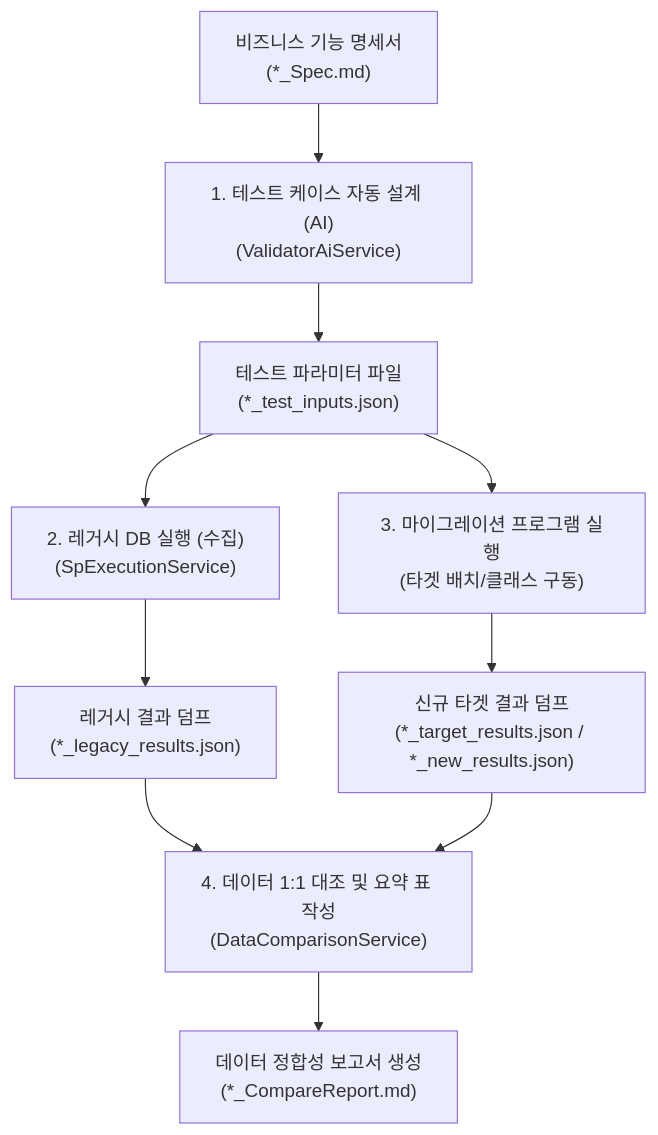
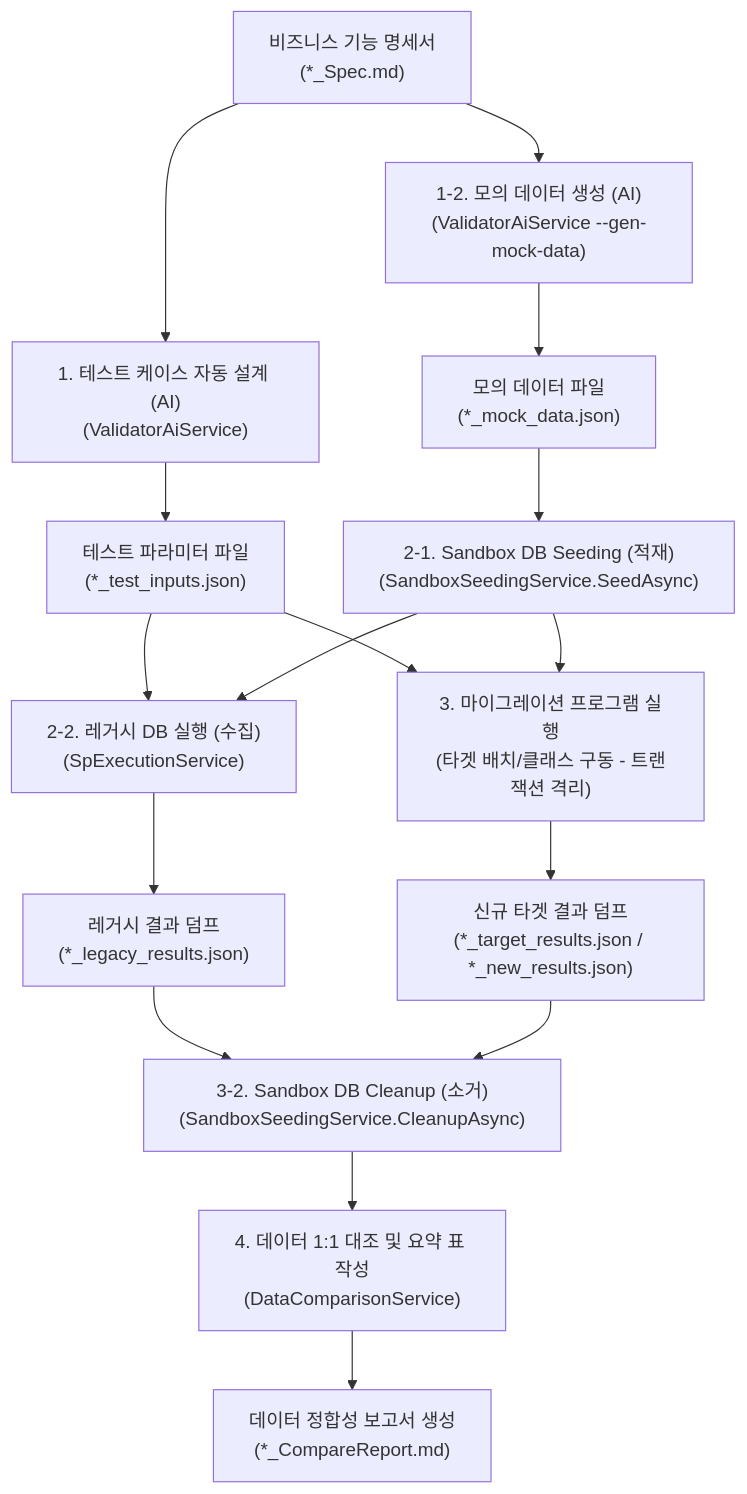
The third of 3 diagrams in docs/architecture.md (moondae815/sp-reverse-engineering), drawn with Mermaid before and after one commit. The commit also changed other lines of this file and 6 other files, not shown here.

Commit message:
feat: 모의 데이터(Mock Data) 자동 생성 및 Sandbox DB 격리 적재 검증 아키텍처 구현 및 문서 업데이트

````diff
--- a/docs/architecture.md
+++ b/docs/architecture.md
@@ -268,20 +240,30 @@
 ```mermaid
 graph TD
     %% 입력 자료
     Spec["비즈니스 기능 명세서<br/>(*_Spec.md)"] --> GenInputs["1. 테스트 케이스 자동 설계 (AI)<br/>(ValidatorAiService)"]
     
     %% 테스트 파라미터 파일
     GenInputs --> InputJson["테스트 파라미터 파일<br/>(*_test_inputs.json)"]
     
+    %% 모의 데이터 생성
+    Spec --> GenMock["1-2. 모의 데이터 생성 (AI)<br/>(ValidatorAiService --gen-mock-data)"]
+    GenMock --> MockJson["모의 데이터 파일<br/>(*_mock_data.json)"]
+    
+    %% Sandbox Seeding (적재)
+    MockJson --> SeedDB["2-1. Sandbox DB Seeding (적재)<br/>(SandboxSeedingService.SeedAsync)"]
+    
     %% Legacy 수집
-    InputJson --> ExecLegacy["2. 레거시 DB 실행 (수집)<br/>(SpExecutionService)"]
+    InputJson & SeedDB --> ExecLegacy["2-2. 레거시 DB 실행 (수집)<br/>(SpExecutionService)"]
     ExecLegacy --> LegacyJson["레거시 결과 덤프<br/>(*_legacy_results.json)"]
     
     %% Target 수집
-    InputJson --> ExecTarget["3. 마이그레이션 프로그램 실행<br/>(타겟 배치/클래스 구동)"]
+    InputJson & SeedDB --> ExecTarget["3. 마이그레이션 프로그램 실행<br/>(타겟 배치/클래스 구동 - 트랜잭션 격리)"]
     ExecTarget --> TargetJson["신규 타겟 결과 덤프<br/>(*_target_results.json / *_new_results.json)"]
     
+    %% Sandbox Cleanup (소거)
+    LegacyJson & TargetJson --> CleanupDB["3-2. Sandbox DB Cleanup (소거)<br/>(SandboxSeedingService.CleanupAsync)"]
+    
     %% 비교 대조
-    LegacyJson & TargetJson --> CompareData["4. 데이터 1:1 대조 및 요약 표 작성<br/>(DataComparisonService)"]
+    CleanupDB --> CompareData["4. 데이터 1:1 대조 및 요약 표 작성<br/>(DataComparisonService)"]
     CompareData --> Report["데이터 정합성 보고서 생성<br/>(*_CompareReport.md)"]
 ```
````
